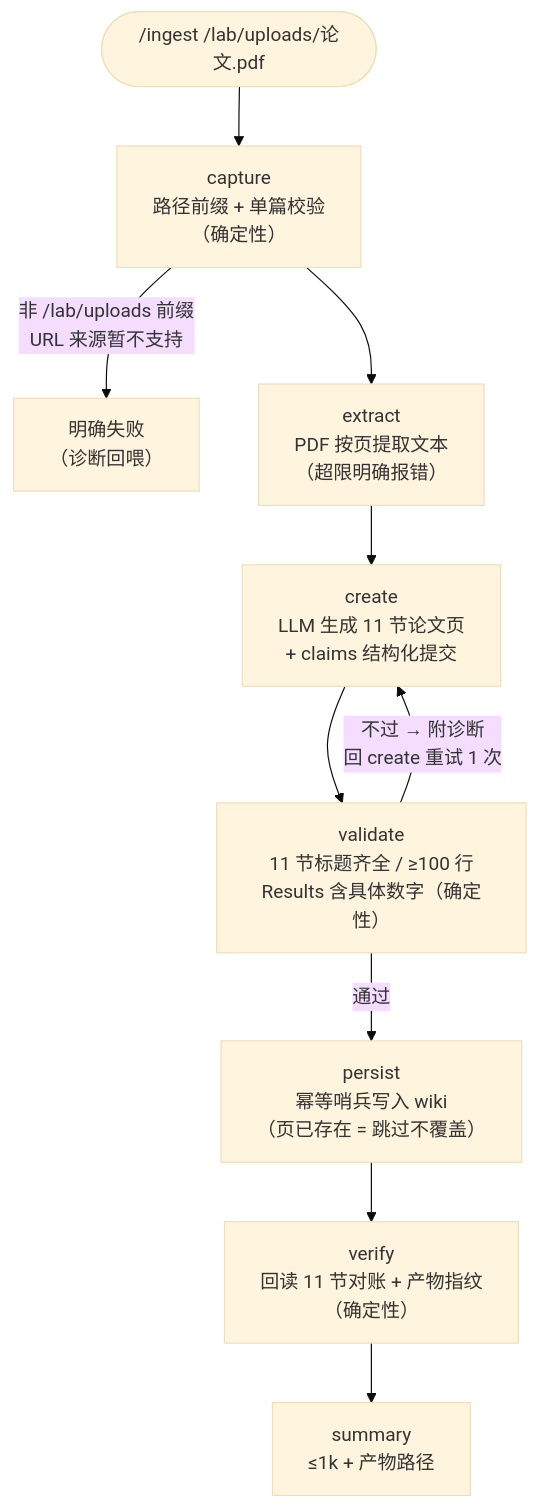
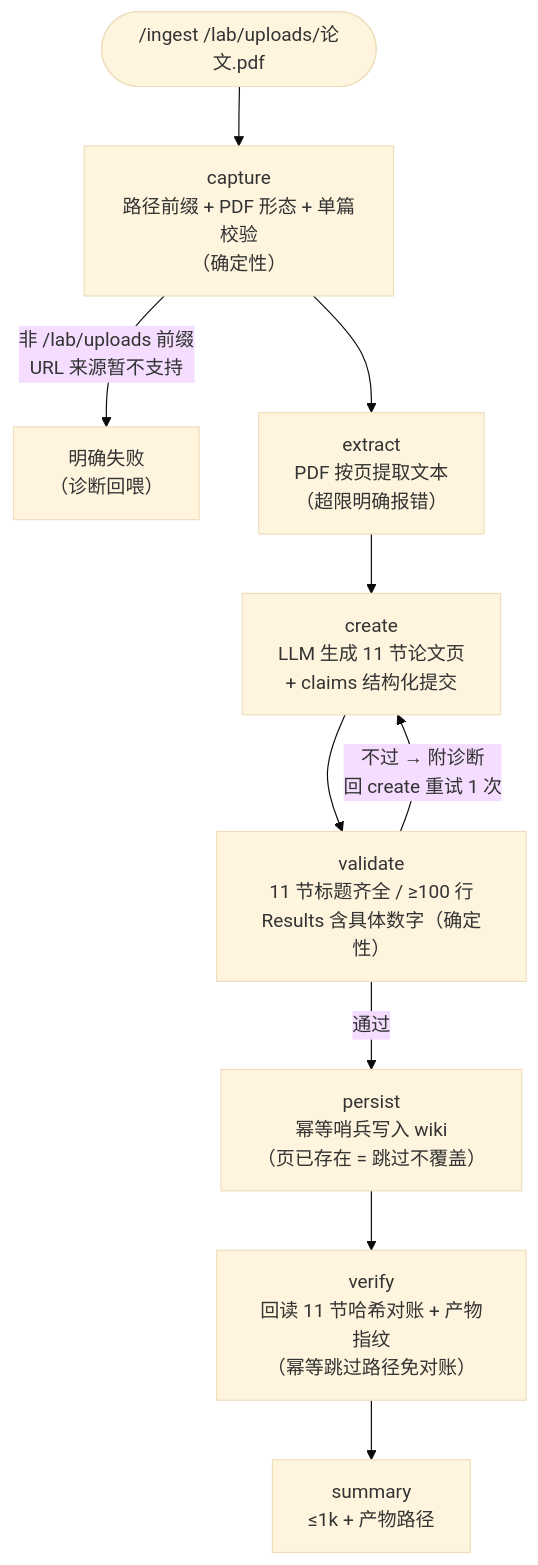
The second of 3 diagrams in plugins/research/README.md (ACautomata/researcher-service), drawn with Mermaid (base theme) before and after one commit. The commit also changed other lines of this file and 18 other files, not shown here.

````diff
--- a/plugins/research/README.md
+++ b/plugins/research/README.md
@@ -78,12 +78,12 @@
 ```mermaid
 flowchart TD
-    S(["/ingest /lab/uploads/论文.pdf"]) --> C["capture<br/>路径前缀 + 单篇校验<br/>（确定性）"]
+    S(["/ingest /lab/uploads/论文.pdf"]) --> C["capture<br/>路径前缀 + PDF 形态 + 单篇校验<br/>（确定性）"]
     C -->|"非 /lab/uploads 前缀<br/>URL 来源暂不支持"| F1["明确失败<br/>（诊断回喂）"]
     C --> E["extract<br/>PDF 按页提取文本<br/>（超限明确报错）"]
     E --> CR["create<br/>LLM 生成 11 节论文页<br/>+ claims 结构化提交"]
     CR --> V["validate<br/>11 节标题齐全 / ≥100 行<br/>Results 含具体数字（确定性）"]
     V -->|"不过 → 附诊断<br/>回 create 重试 1 次"| CR
     V -->|"通过"| P["persist<br/>幂等哨兵写入 wiki<br/>（页已存在 = 跳过不覆盖）"]
-    P --> VF["verify<br/>回读 11 节对账 + 产物指纹<br/>（确定性）"]
+    P --> VF["verify<br/>回读 11 节哈希对账 + 产物指纹<br/>（幂等跳过路径免对账）"]
     VF --> SM["summary<br/>≤1k + 产物路径"]
 ```
````
